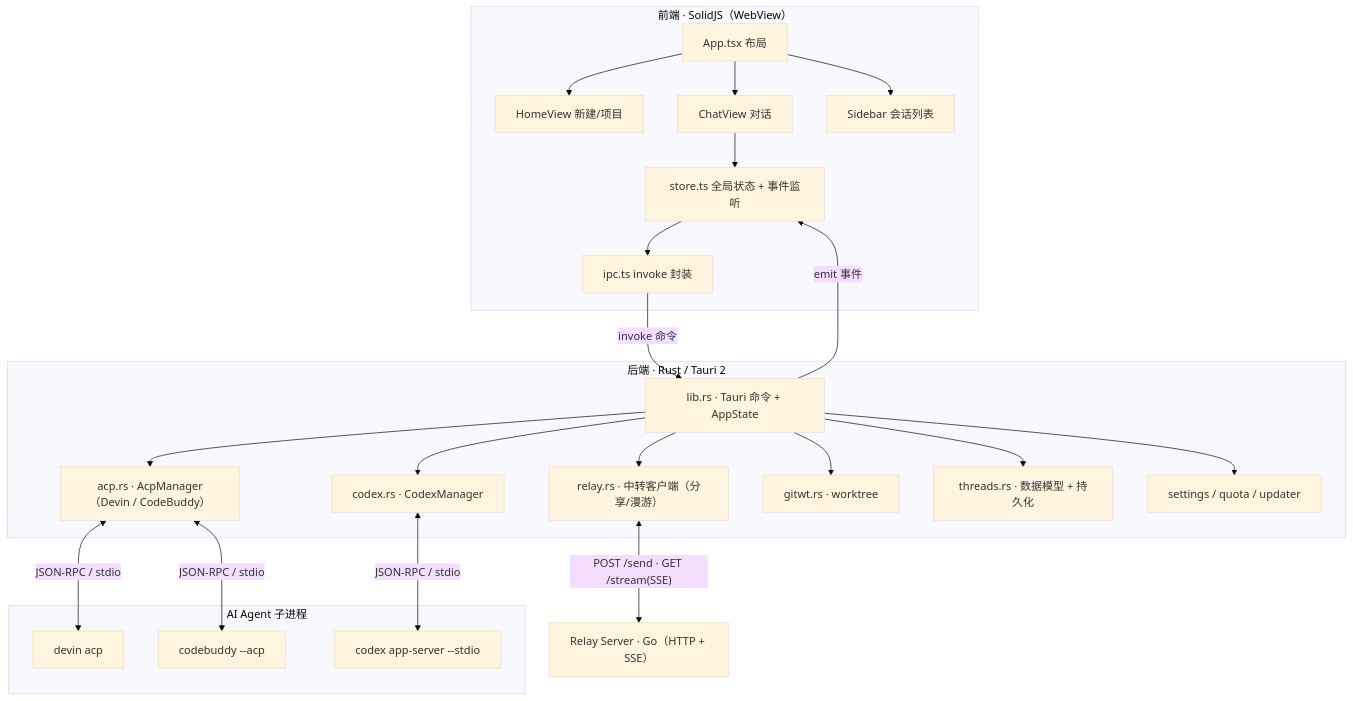
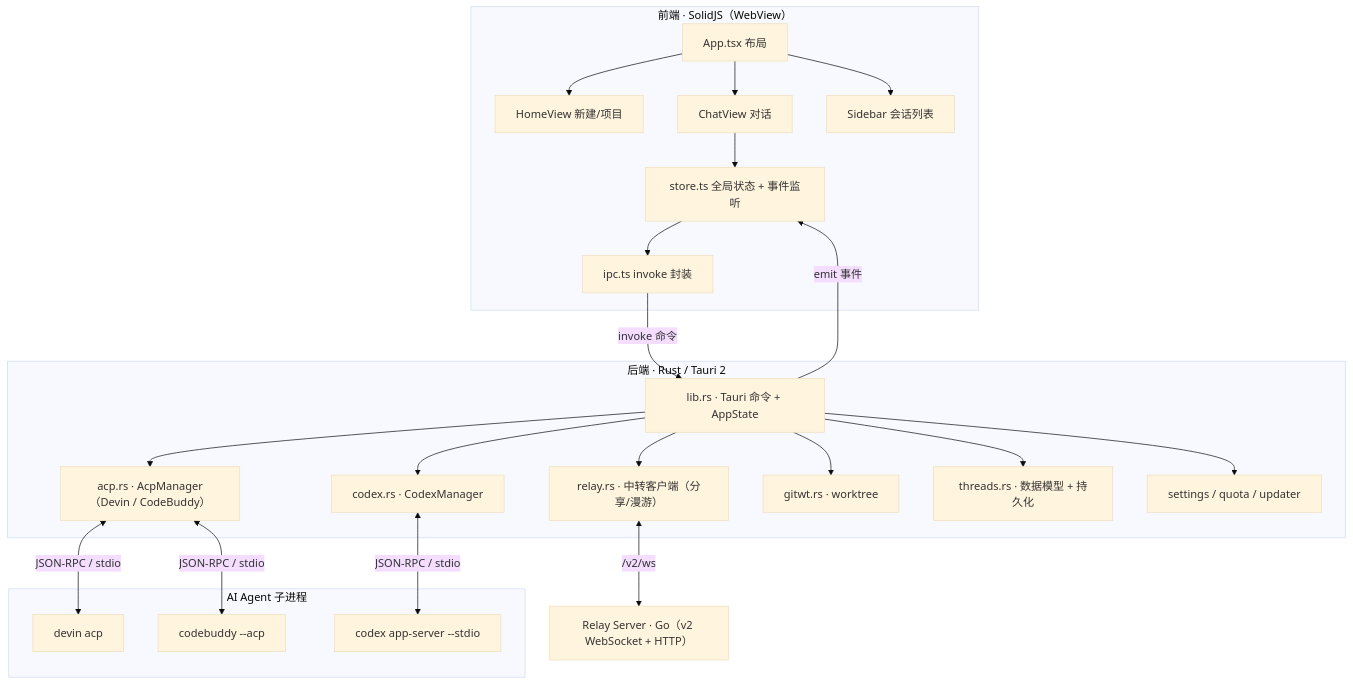
The first of 3 diagrams in docs/项目架构总览.md (llyb120/nova-client), drawn with Mermaid (base theme) before and after one commit. The commit also changed other lines of this file and 3 other files, not shown here.

````diff
--- a/docs/项目架构总览.md
+++ b/docs/项目架构总览.md
@@ -28,37 +28,37 @@
 ```mermaid
 flowchart TB
     subgraph FE["前端 · SolidJS（WebView）"]
         APP["App.tsx 布局"]
         HV["HomeView 新建/项目"]
         CV["ChatView 对话"]
         SB["Sidebar 会话列表"]
         STORE["store.ts 全局状态 + 事件监听"]
         IPC["ipc.ts invoke 封装"]
         APP --> HV & CV & SB
         CV --> STORE
         STORE --> IPC
     end
     subgraph BE["后端 · Rust / Tauri 2"]
         CMD["lib.rs · Tauri 命令 + AppState"]
         ACP["acp.rs · AcpManager（Devin / CodeBuddy）"]
         CODEX["codex.rs · CodexManager"]
         RELAY["relay.rs · 中转客户端（分享/漫游）"]
         GITWT["gitwt.rs · worktree"]
         TH["threads.rs · 数据模型 + 持久化"]
         MISC["settings / quota / updater"]
         CMD --> ACP & CODEX & RELAY & GITWT & TH & MISC
     end
     subgraph AG["AI Agent 子进程"]
         DEV["devin acp"]
         CB["codebuddy --acp"]
         CX["codex app-server --stdio"]
     end
-    SRV["Relay Server · Go（HTTP + SSE）"]
+    SRV["Relay Server · Go（v2 WebSocket + HTTP）"]
 
     IPC -->|"invoke 命令"| CMD
     CMD -->|"emit 事件"| STORE
     ACP <-->|"JSON-RPC / stdio"| DEV
     ACP <-->|"JSON-RPC / stdio"| CB
     CODEX <-->|"JSON-RPC / stdio"| CX
-    RELAY <-->|"POST /send · GET /stream(SSE)"| SRV
+    RELAY <-->|"/v2/ws"| SRV
 ```
````
